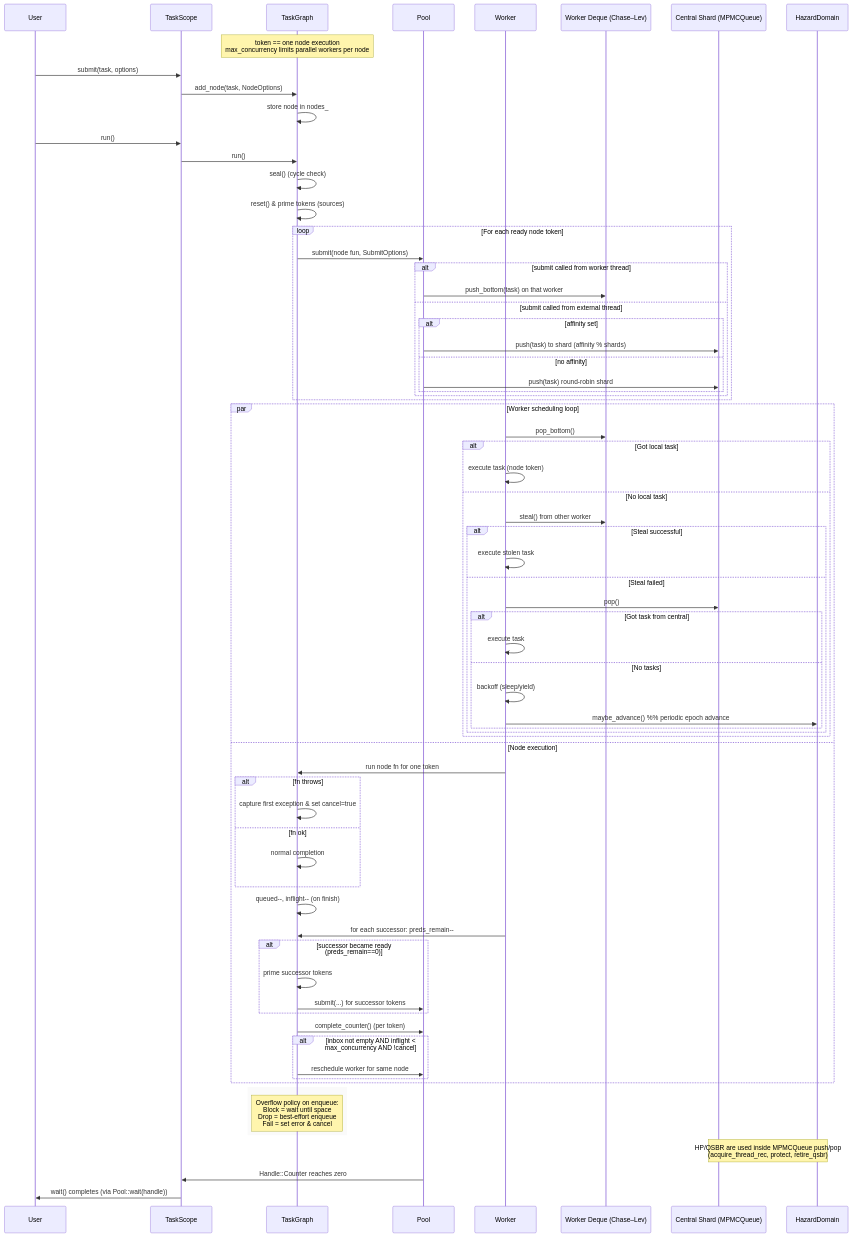
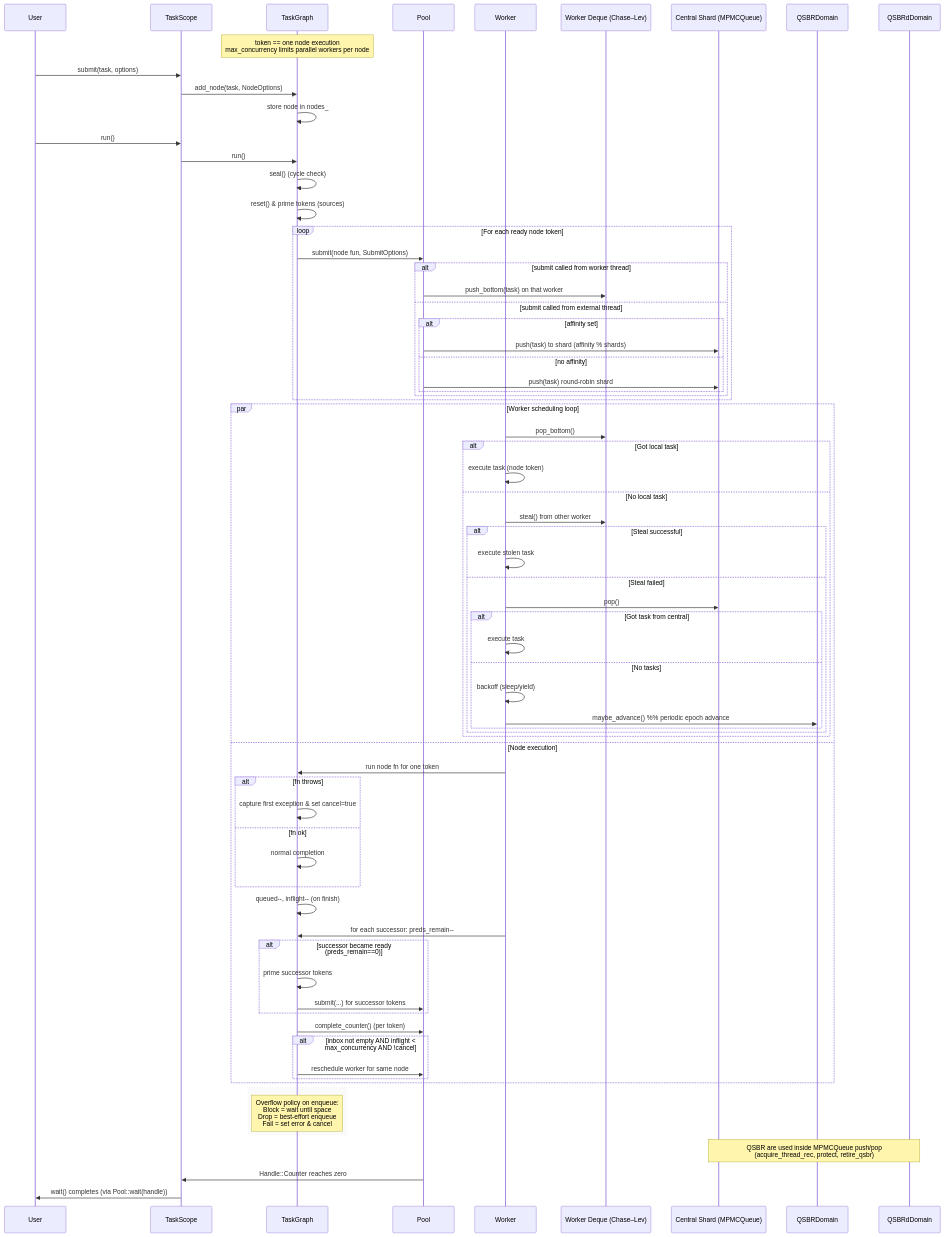
Before and after one commit to cpp20120/DagFlow: the diagram in docs/how_it_works.md, drawn with Mermaid. The commit also changed other lines of this file, not shown here.

````diff
--- a/docs/how_it_works.md
+++ b/docs/how_it_works.md
@@ -5,82 +5,82 @@
 ```mermaid
 sequenceDiagram
     participant User
     participant TaskScope
     participant TaskGraph
     participant Pool
     participant Worker
     participant ChaseLevDeque as Worker Deque (Chase–Lev)
     participant CentralMPMC as Central Shard (MPMCQueue)
-    participant HazardDomain
+    participant QSBRDomain
 
     Note over TaskGraph: token == one node execution<br/>max_concurrency limits parallel workers per node
 
     User->>TaskScope: submit(task, options)
     TaskScope->>TaskGraph: add_node(task, NodeOptions)
     TaskGraph->>TaskGraph: store node in nodes_
 
     User->>TaskScope: run()
     TaskScope->>TaskGraph: run()
     TaskGraph->>TaskGraph: seal() (cycle check)
     TaskGraph->>TaskGraph: reset() & prime tokens (sources)
 
     loop For each ready node token
         TaskGraph->>Pool: submit(node fun, SubmitOptions)
         alt submit called from worker thread
             Pool->>ChaseLevDeque: push_bottom(task) on that worker
         else submit called from external thread
             alt affinity set
                 Pool->>CentralMPMC: push(task) to shard (affinity % shards)
             else no affinity
                 Pool->>CentralMPMC: push(task) round-robin shard
             end
         end
     end
 
     par Worker scheduling loop
         Worker->>ChaseLevDeque: pop_bottom()
         alt Got local task
             Worker->>Worker: execute task (node token)
         else No local task
             Worker->>ChaseLevDeque: steal() from other worker
             alt Steal successful
                 Worker->>Worker: execute stolen task
             else Steal failed
                 Worker->>CentralMPMC: pop()
                 alt Got task from central
                     Worker->>Worker: execute task
                 else No tasks
                     Worker->>Worker: backoff (sleep/yield)
-                    Worker->>HazardDomain: maybe_advance()  %% periodic epoch advance
+                    Worker->>QSBRDomain: maybe_advance()  %% periodic epoch advance
                 end
             end
         end
     and Node execution
         Worker->>TaskGraph: run node fn for one token
         alt fn throws
             TaskGraph->>TaskGraph: capture first exception & set cancel=true
         else fn ok
             TaskGraph->>TaskGraph: normal completion
         end
         TaskGraph->>TaskGraph: queued--, inflight-- (on finish)
         Worker->>TaskGraph: for each successor: preds_remain--
         alt successor became ready (preds_remain==0)
             TaskGraph->>TaskGraph: prime successor tokens
             TaskGraph->>Pool: submit(...) for successor tokens
         end
         TaskGraph->>Pool: complete_counter() (per token)
         alt inbox not empty AND inflight < max_concurrency AND !cancel
             TaskGraph->>Pool: reschedule worker for same node
         end
     end
 
     rect rgb(250,250,250)
     note over TaskGraph: Overflow policy on enqueue:<br/>Block = wait until space<br/>Drop = best-effort enqueue<br/>Fail = set error & cancel
     end
 
-    note over CentralMPMC,HazardDomain: HP/QSBR are used inside MPMCQueue push/pop<br/>(acquire_thread_rec, protect, retire_qsbr)
+    note over CentralMPMC,QSBRdDomain:QSBR are used inside MPMCQueue push/pop<br/>(acquire_thread_rec, protect, retire_qsbr)
 
     Pool->>TaskScope: Handle::Counter reaches zero
     TaskScope->>User: wait() completes (via Pool::wait(handle))
 
 ```
````
